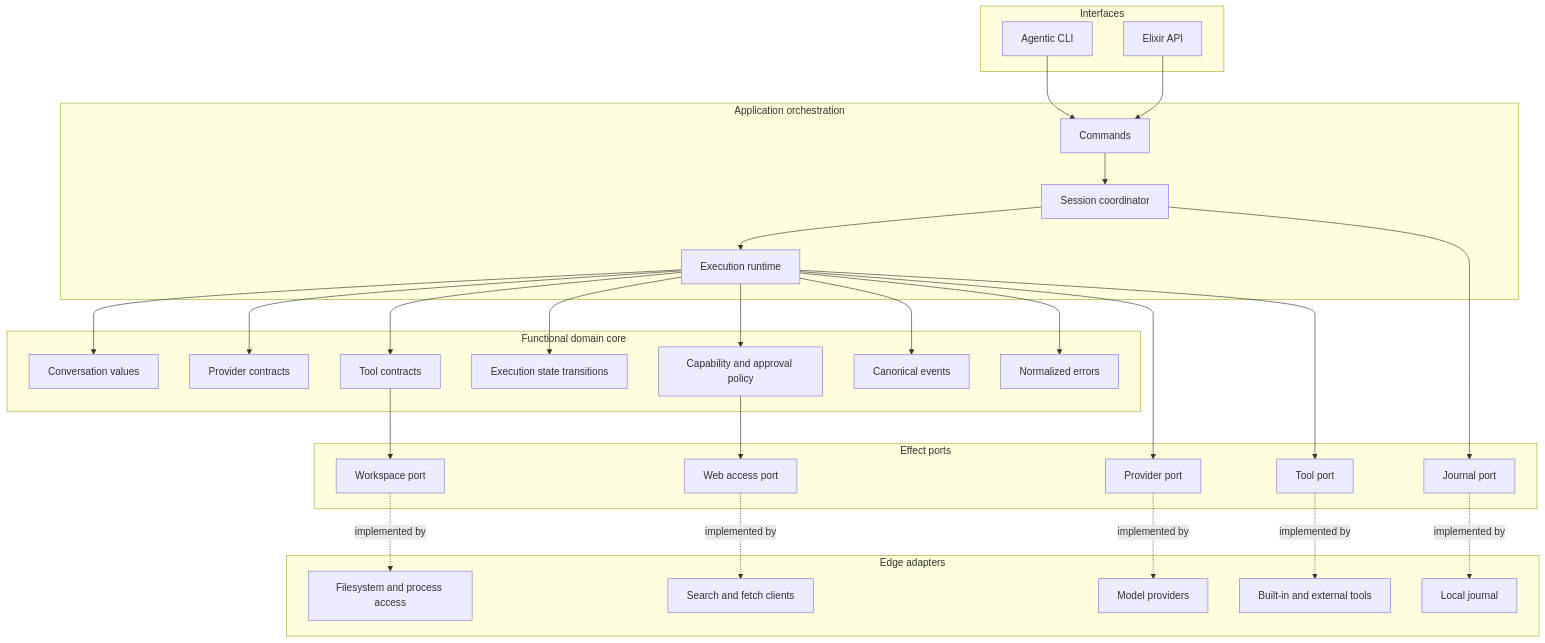
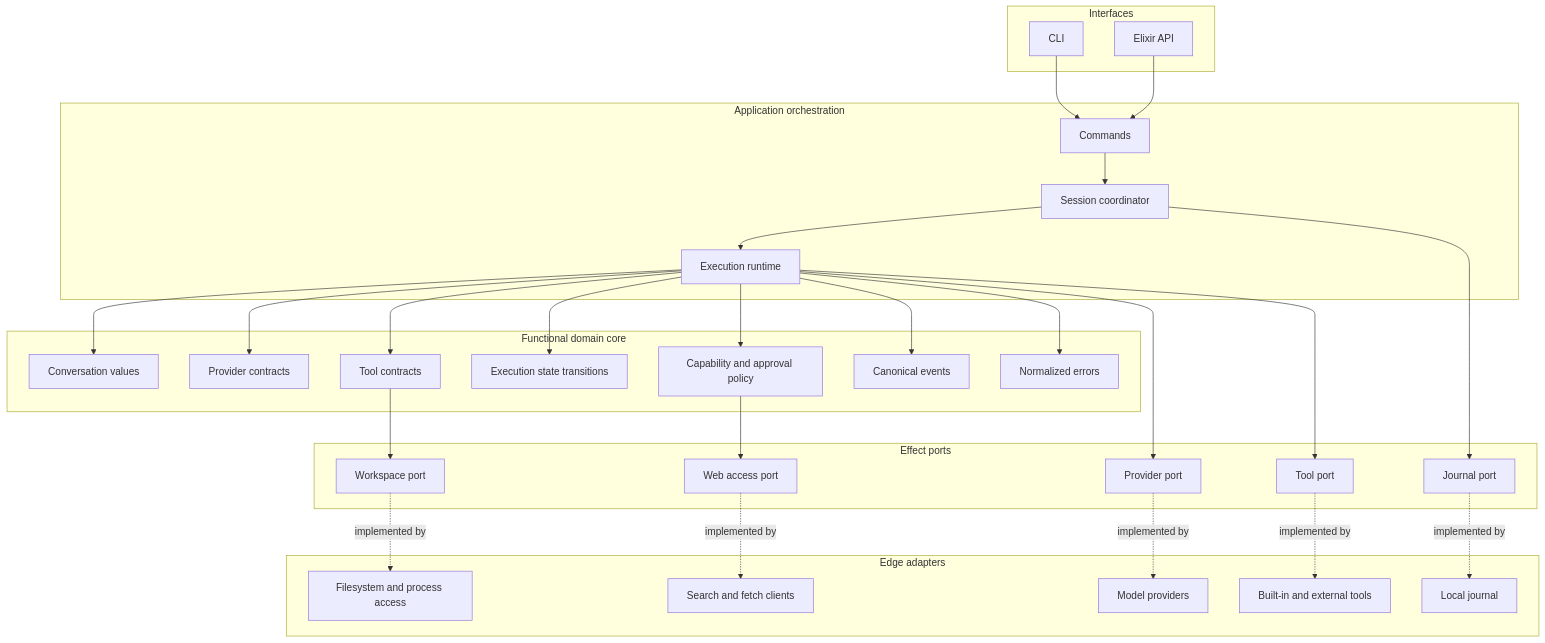
The first of 8 diagrams in docs/architecture.md (ccarvalho-eng/draught), drawn with Mermaid before and after one commit. The commit also changed other lines of this file and 55 other files, not shown here.

````diff
--- a/docs/architecture.md
+++ b/docs/architecture.md
@@ -9,61 +9,61 @@
 ```mermaid
 flowchart TB
   subgraph Interfaces[Interfaces]
-    CLI[Agentic CLI]
+    CLI[CLI]
     API[Elixir API]
   end
 
   subgraph Application[Application orchestration]
     Commands[Commands]
     Sessions[Session coordinator]
     Runtime[Execution runtime]
   end
 
   subgraph Domain[Functional domain core]
     Conversation[Conversation values]
     ProviderContracts[Provider contracts]
     ToolContracts[Tool contracts]
     Execution[Execution state transitions]
     Policy[Capability and approval policy]
     Events[Canonical events]
     Errors[Normalized errors]
   end
 
   subgraph Ports[Effect ports]
     ProviderPort[Provider port]
     ToolPort[Tool port]
     JournalPort[Journal port]
     WorkspacePort[Workspace port]
     WebPort[Web access port]
   end
 
   subgraph Adapters[Edge adapters]
     Providers[Model providers]
     Tools[Built-in and external tools]
     Journal[Local journal]
     Workspace[Filesystem and process access]
     Web[Search and fetch clients]
   end
 
   CLI --> Commands
   API --> Commands
   Commands --> Sessions
   Sessions --> Runtime
   Runtime --> Conversation
   Runtime --> ProviderContracts
   Runtime --> ToolContracts
   Runtime --> Execution
   Runtime --> Policy
   Runtime --> Events
   Runtime --> Errors
   Runtime --> ProviderPort
   Runtime --> ToolPort
   Sessions --> JournalPort
   ToolContracts --> WorkspacePort
   Policy --> WebPort
   ProviderPort -. implemented by .-> Providers
   ToolPort -. implemented by .-> Tools
   JournalPort -. implemented by .-> Journal
   WorkspacePort -. implemented by .-> Workspace
   WebPort -. implemented by .-> Web
 ```
````
